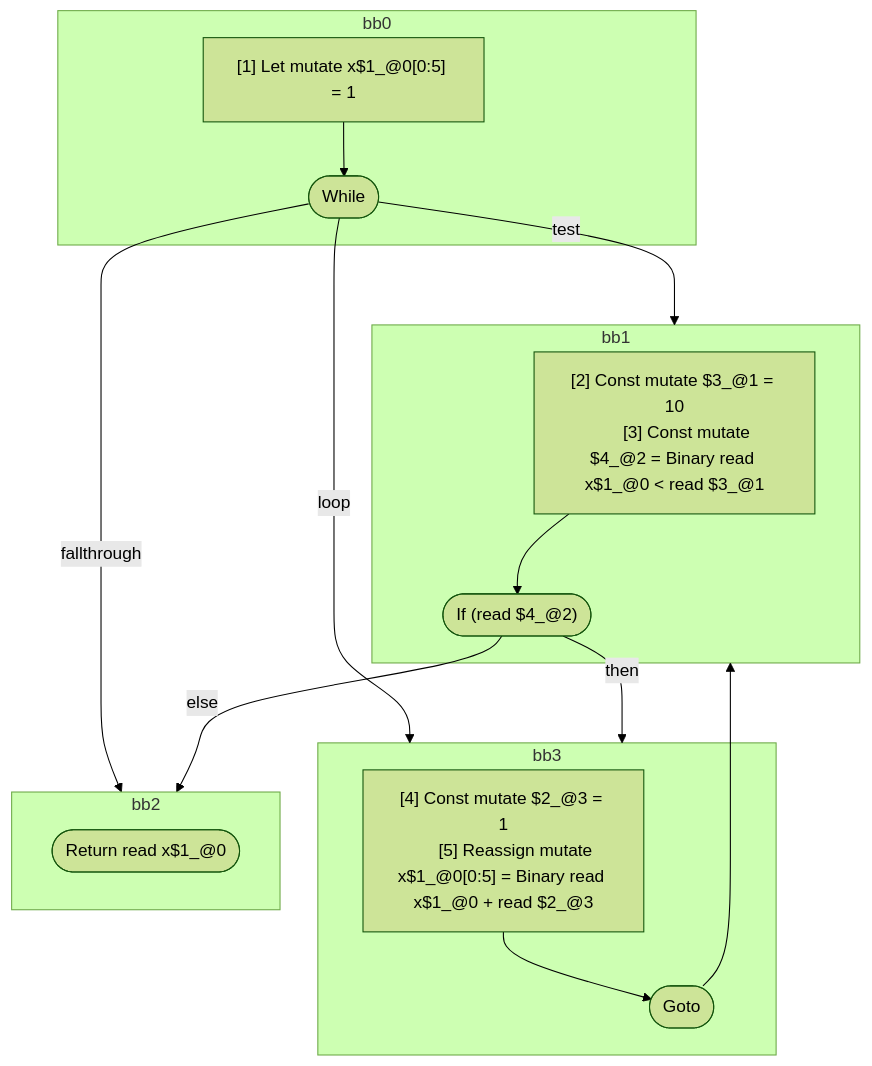
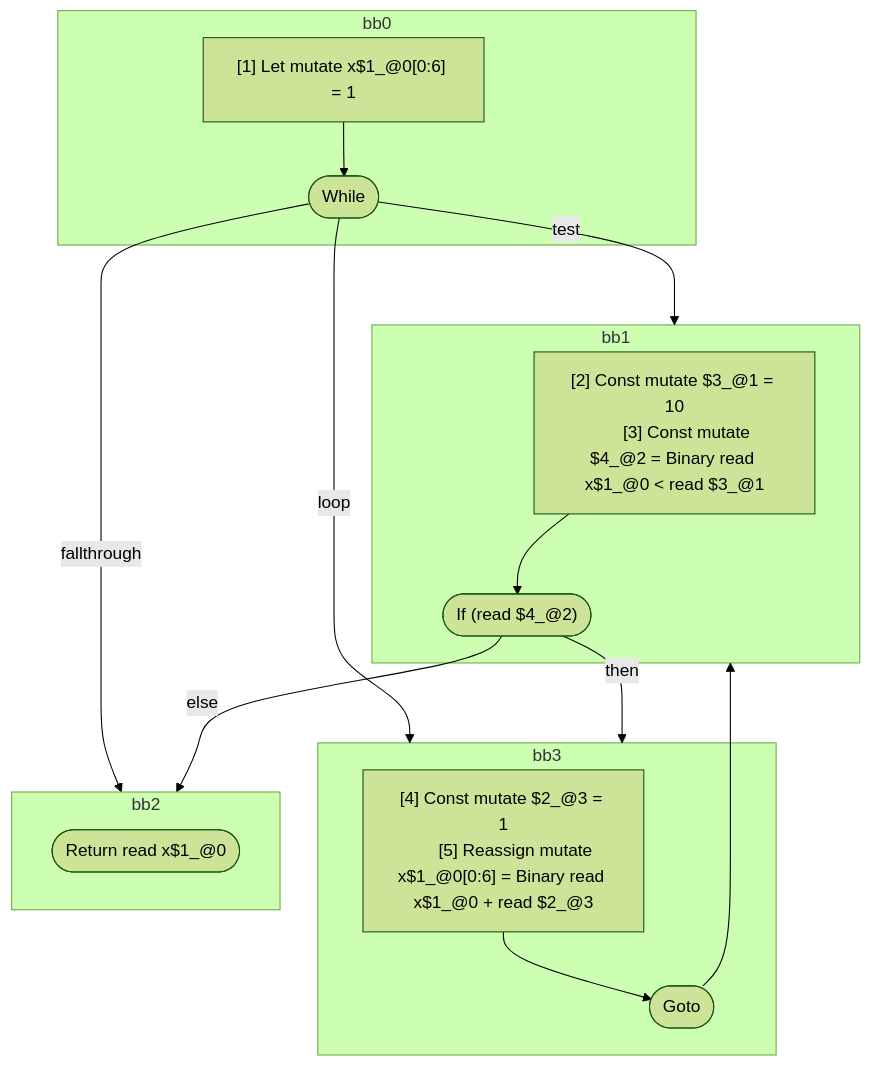
Before and after one commit to wutsmog/private: the diagram in compiler/forget/src/__tests__/fixtures/hir/ssa-while.expect.md, drawn with Mermaid (forest theme). The commit also changed other lines of this file and 45 other files, not shown here.

````diff
--- a/compiler/forget/src/__tests__/fixtures/hir/ssa-while.expect.md
+++ b/compiler/forget/src/__tests__/fixtures/hir/ssa-while.expect.md
@@ -39,36 +39,36 @@
 ```mermaid
 flowchart TB
   %% Basic Blocks
   subgraph bb0
     bb0_instrs["
-      [1] Let mutate x$1_@0[0:5] = 1
+      [1] Let mutate x$1_@0[0:6] = 1
     "]
     bb0_instrs --> bb0_terminal(["While"])
   end
   subgraph bb1
     bb1_instrs["
       [2] Const mutate $3_@1 = 10
       [3] Const mutate $4_@2 = Binary read x$1_@0 < read $3_@1
     "]
     bb1_instrs --> bb1_terminal(["If (read $4_@2)"])
   end
   subgraph bb3
     bb3_instrs["
       [4] Const mutate $2_@3 = 1
-      [5] Reassign mutate x$1_@0[0:5] = Binary read x$1_@0 + read $2_@3
+      [5] Reassign mutate x$1_@0[0:6] = Binary read x$1_@0 + read $2_@3
     "]
     bb3_instrs --> bb3_terminal(["Goto"])
   end
   subgraph bb2
     bb2_terminal(["Return read x$1_@0"])
   end
 
   %% Jumps
   bb0_terminal -- "test" --> bb1
   bb0_terminal -- "loop" --> bb3
   bb0_terminal -- "fallthrough" --> bb2
   bb1_terminal -- "then" --> bb3
   bb1_terminal -- "else" --> bb2
   bb3_terminal --> bb1
 
 ```
````
